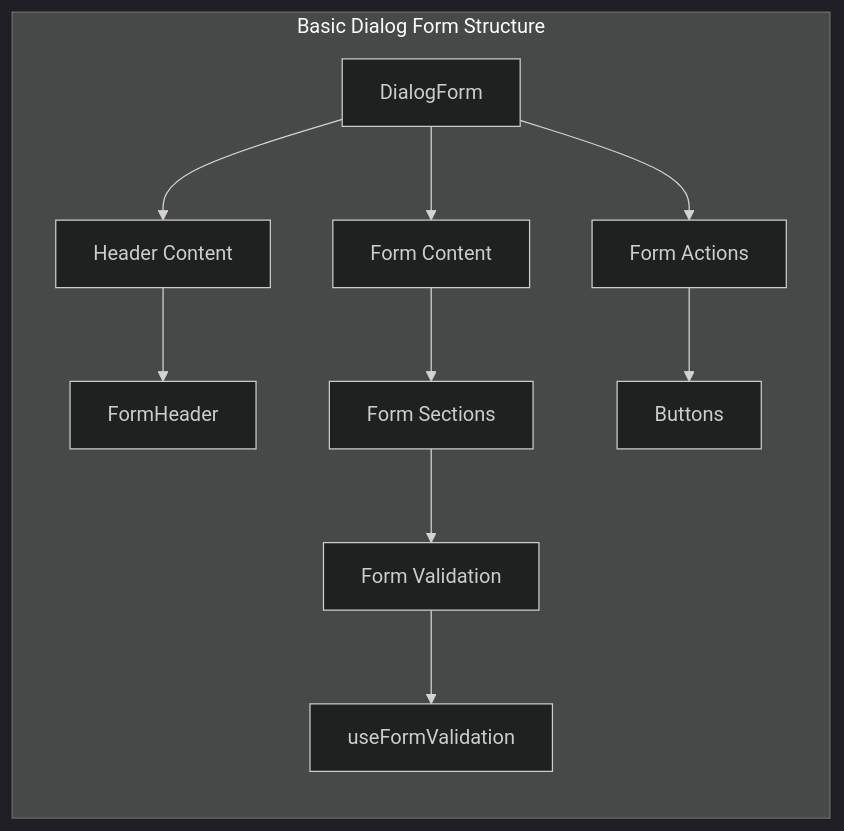
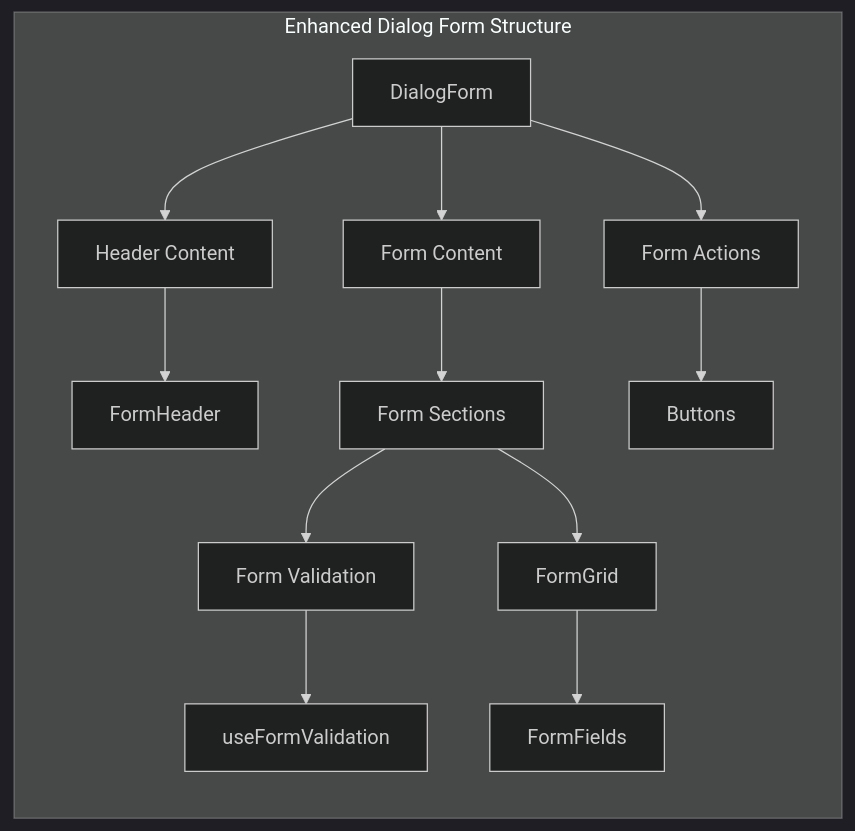
One commit to geniusdynamics/schoolpilot changed the eighth of 8 diagrams in .qoder/repowiki/en/content/UI Component Library/DialogForm Framework.md. Above: the diagram before and after it, drawn with Mermaid (dark theme). The commit also changed other lines of this file and 6 other files, not shown here.

````diff
--- a/.qoder/repowiki/en/content/UI Component Library/DialogForm Framework.md
+++ b/.qoder/repowiki/en/content/UI Component Library/DialogForm Framework.md
@@ -316,13 +610,15 @@
 ```mermaid
 graph LR
-subgraph "Basic Dialog Form Structure"
+subgraph "Enhanced Dialog Form Structure"
 DF[DialogForm] --> HC[Header Content]
 DF --> FC[Form Content]
 DF --> FA[Form Actions]
 HC --> FH[FormHeader]
 FC --> FS[Form Sections]
 FA --> BA[Buttons]
 FS --> FV[Form Validation]
 FV --> UV[useFormValidation]
+FS --> FG[FormGrid]
+FG --> FF[FormFields]
 end
 ```
````
